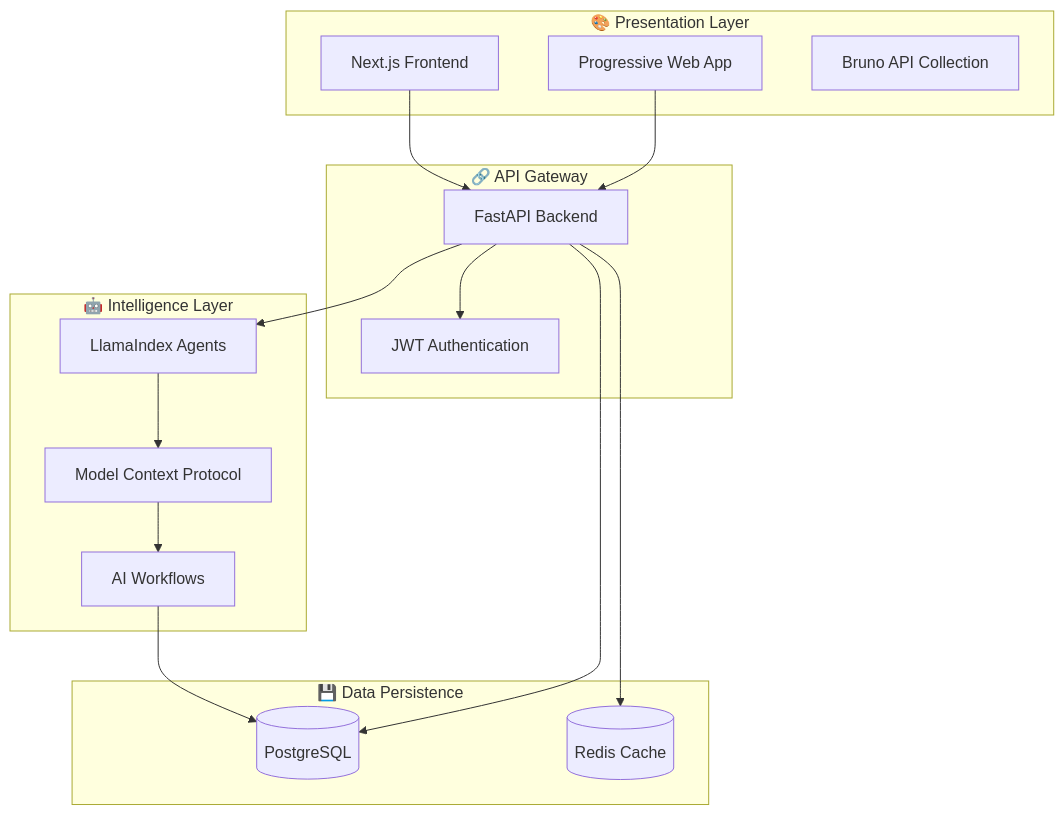
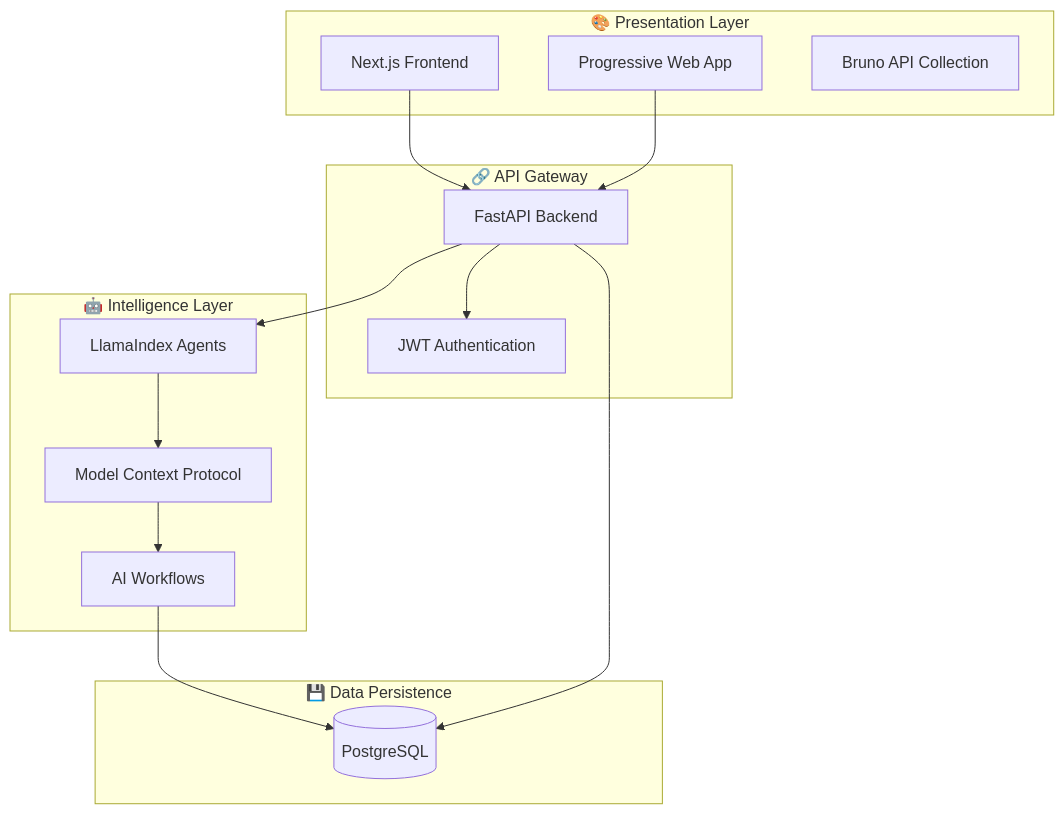
The diagram in profile/README.md (TELATEN/.github), drawn with Mermaid before and after one commit.

````diff
--- a/profile/README.md
+++ b/profile/README.md
@@ -111,34 +111,32 @@
 ```mermaid
 graph TB
     subgraph "🎨 Presentation Layer"
         WEB[Next.js Frontend]
         PWA[Progressive Web App]
         API_DOCS[Bruno API Collection]
     end
 
     subgraph "🔗 API Gateway"
         BACKEND[FastAPI Backend]
         AUTH[JWT Authentication]
     end
 
     subgraph "🤖 Intelligence Layer"
         AI_AGENTS[LlamaIndex Agents]
         MCP[Model Context Protocol]
         WORKFLOWS[AI Workflows]
     end
 
     subgraph "💾 Data Persistence"
         DB[(PostgreSQL)]
-        CACHE[(Redis Cache)]
     end
 
     WEB --> BACKEND
     PWA --> BACKEND
     BACKEND --> AUTH
     BACKEND --> AI_AGENTS
     AI_AGENTS --> MCP
     MCP --> WORKFLOWS
     WORKFLOWS --> DB
     BACKEND --> DB
-    BACKEND --> CACHE
 ```
````
